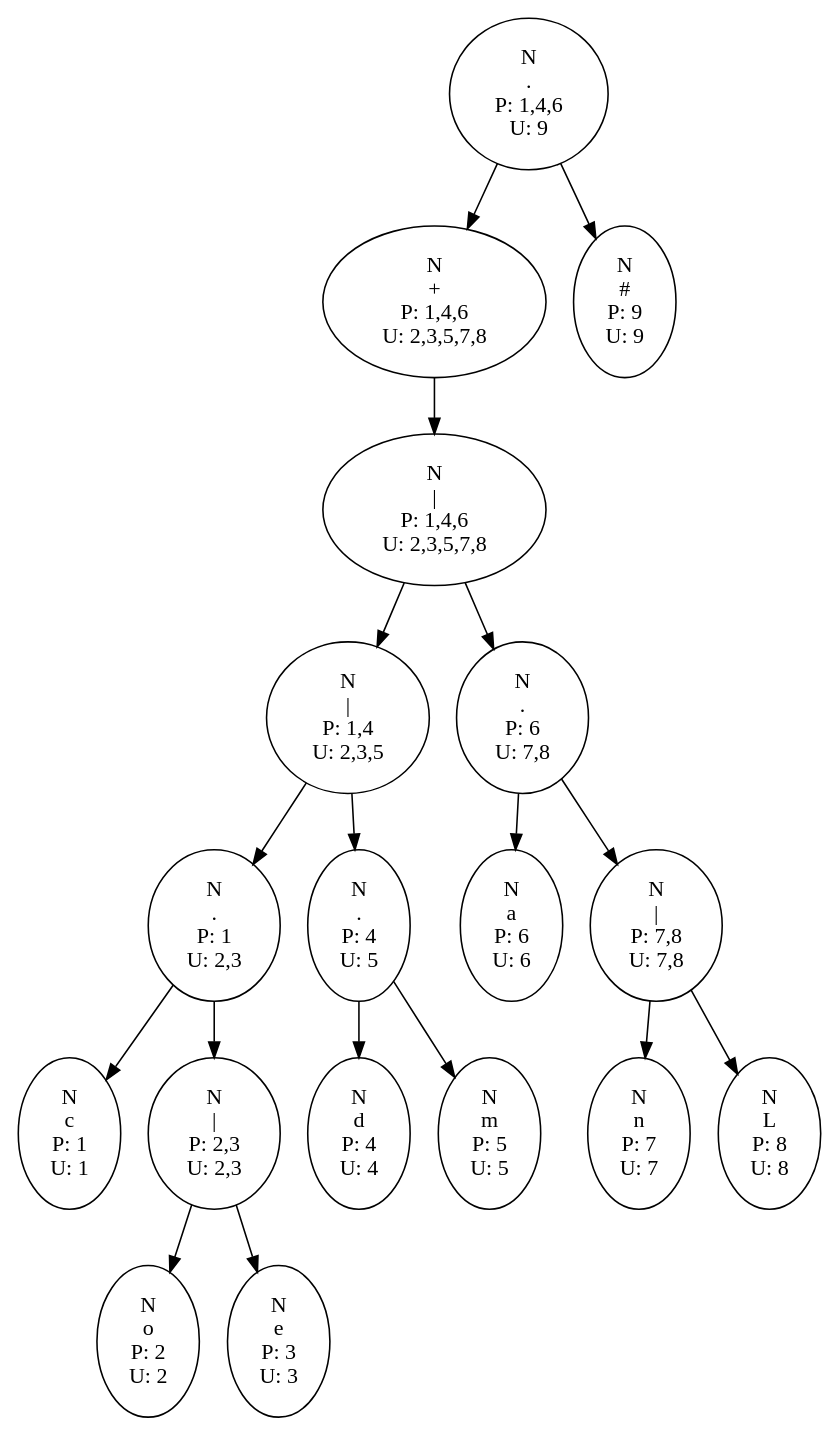
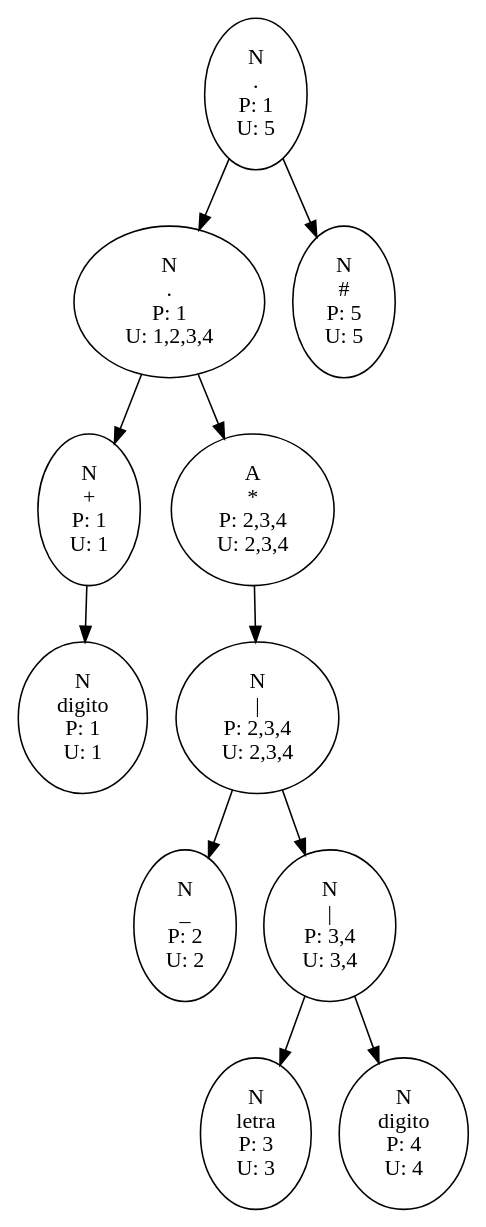
One commit to EstuardoSon/OCL1_202003894_P1 changed the diagram in Reportes_202003894/Arboles_202003894/RegEx3.dot. Above: the diagram before and after it, drawn with Graphviz. The commit also changed 41 other files, not shown here.

```diff
--- a/Reportes_202003894/Arboles_202003894/RegEx3.dot
+++ b/Reportes_202003894/Arboles_202003894/RegEx3.dot
@@ -1,91 +1,56 @@
 digraph G{
-N9->N8
-N8->N5
-N5->N3
-N3->N1
+N6->N2
+N2->N1
 N1->1
 1[label="N
-c
+digito
 P: 1
 U: 1"];
 N1[label="N
++
+P: 1
+U: 1"];
+N2[label="N
 .
 P: 1
-U: 2,3"];
-N1->N2
-N2->2
+U: 1,2,3,4"];
+N2->N5
+N5->N3
+N3->2
 2[label="N
-o
+_
 P: 2
 U: 2"];
-N2[label="N
+N3[label="N
 |
-P: 2,3
-U: 2,3"];
-N2->3
+P: 2,3,4
+U: 2,3,4"];
+N3->N4
+N4->3
 3[label="N
-e
+letra
 P: 3
 U: 3"];
-N3[label="N
+N4[label="N
 |
-P: 1,4
-U: 2,3,5"];
-N3->N4
+P: 3,4
+U: 3,4"];
 N4->4
 4[label="N
-d
+digito
 P: 4
 U: 4"];
-N4[label="N
+N5[label="A
+*
+P: 2,3,4
+U: 2,3,4"];
+N6[label="N
 .
-P: 4
+P: 1
 U: 5"];
-N4->5
+N6->5
 5[label="N
-m
+#
 P: 5
 U: 5"];
-N5[label="N
-|
-P: 1,4,6
-U: 2,3,5,7,8"];
-N5->N6
-N6->6
-6[label="N
-a
-P: 6
-U: 6"];
-N6[label="N
-.
-P: 6
-U: 7,8"];
-N6->N7
-N7->7
-7[label="N
-n
-P: 7
-U: 7"];
-N7[label="N
-|
-P: 7,8
-U: 7,8"];
-N7->8
-8[label="N
-L
-P: 8
-U: 8"];
-N8[label="N
-+
-P: 1,4,6
-U: 2,3,5,7,8"];
-N9[label="N
-.
-P: 1,4,6
-U: 9"];
-N9->9
-9[label="N
-#
-P: 9
-U: 9"];
 }
```
